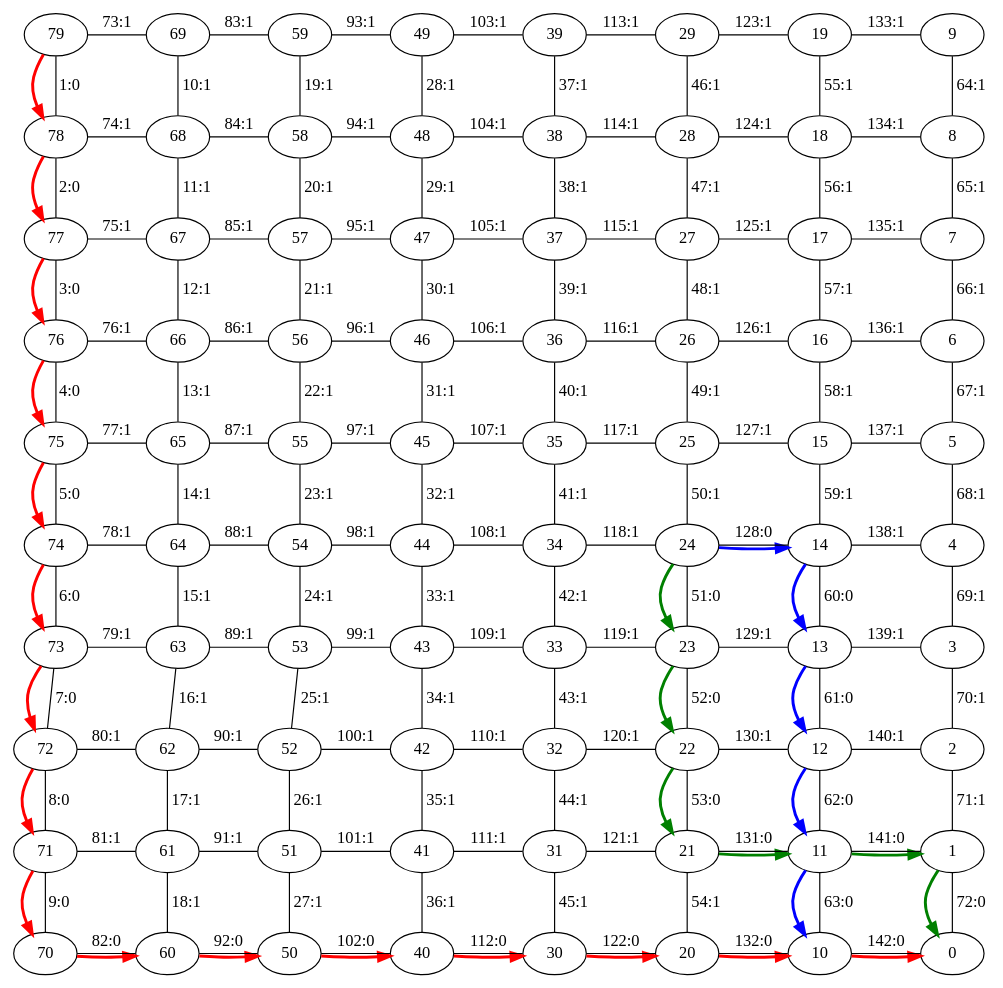
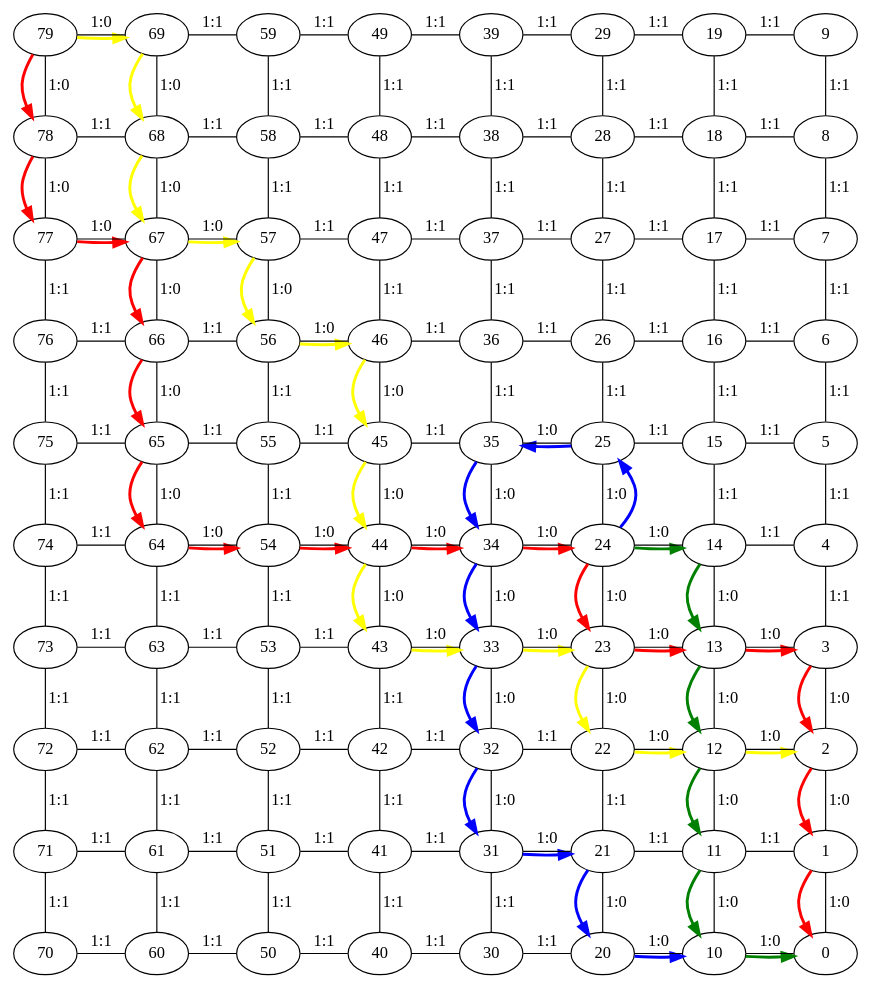
The diagram in brincando_grafo/grid_graph/graph_viz.gv (RamAddict/Graphs-and-dot), drawn with Graphviz before and after one commit. The commit also changed 2 other files, not shown here.

```diff
--- a/brincando_grafo/grid_graph/graph_viz.gv
+++ b/brincando_grafo/grid_graph/graph_viz.gv
@@ -1,161 +1,162 @@
 digraph G {
 
-79->78->77->76->75->74->73->72->71->70->60->50->40->30->20->10->0[color = "red" weight = 0 penwidth = 2.5]
-24->23->22->21->11->1->0[color = "green" weight = 0 penwidth = 2.5]
-24->14->13->12->11->10[color = "blue" weight = 0 penwidth = 2.5]
+79->78->77->67->66->65->64->54->44->34->24->23->13->3->2->1->0[color = "red" weight = 0 penwidth = 2.5]
+24->14->13->12->11->10->0[color = "green" weight = 0 penwidth = 2.5]
+24->25->35->34->33->32->31->21->20->10[color = "blue" weight = 0 penwidth = 2.5]
+79->69->68->67->57->56->46->45->44->43->33->23->22->12->2[color = "yellow" weight = 0 penwidth = 2.5]
 79->78 [arrowhead = "none" label="1:0"];
-79->69 [arrowhead = "none" label="73:1"];
-78->77 [arrowhead = "none" label="2:0"];
-78->68 [arrowhead = "none" label="74:1"];
-77->76 [arrowhead = "none" label="3:0"];
-77->67 [arrowhead = "none" label="75:1"];
-76->75 [arrowhead = "none" label="4:0"];
-76->66 [arrowhead = "none" label="76:1"];
-75->74 [arrowhead = "none" label="5:0"];
-75->65 [arrowhead = "none" label="77:1"];
-74->73 [arrowhead = "none" label="6:0"];
-74->64 [arrowhead = "none" label="78:1"];
-73->72 [arrowhead = "none" label="7:0"];
-73->63 [arrowhead = "none" label="79:1"];
-72->71 [arrowhead = "none" label="8:0"];
-72->62 [arrowhead = "none" label="80:1"];
-71->70 [arrowhead = "none" label="9:0"];
-71->61 [arrowhead = "none" label="81:1"];
-70->60 [arrowhead = "none" label="82:0"];
-69->68 [arrowhead = "none" label="10:1"];
-69->59 [arrowhead = "none" label="83:1"];
-68->67 [arrowhead = "none" label="11:1"];
-68->58 [arrowhead = "none" label="84:1"];
-67->66 [arrowhead = "none" label="12:1"];
-67->57 [arrowhead = "none" label="85:1"];
-66->65 [arrowhead = "none" label="13:1"];
-66->56 [arrowhead = "none" label="86:1"];
-65->64 [arrowhead = "none" label="14:1"];
-65->55 [arrowhead = "none" label="87:1"];
-64->63 [arrowhead = "none" label="15:1"];
-64->54 [arrowhead = "none" label="88:1"];
-63->62 [arrowhead = "none" label="16:1"];
-63->53 [arrowhead = "none" label="89:1"];
-62->61 [arrowhead = "none" label="17:1"];
-62->52 [arrowhead = "none" label="90:1"];
-61->60 [arrowhead = "none" label="18:1"];
-61->51 [arrowhead = "none" label="91:1"];
-60->50 [arrowhead = "none" label="92:0"];
-59->58 [arrowhead = "none" label="19:1"];
-59->49 [arrowhead = "none" label="93:1"];
-58->57 [arrowhead = "none" label="20:1"];
-58->48 [arrowhead = "none" label="94:1"];
-57->56 [arrowhead = "none" label="21:1"];
-57->47 [arrowhead = "none" label="95:1"];
-56->55 [arrowhead = "none" label="22:1"];
-56->46 [arrowhead = "none" label="96:1"];
-55->54 [arrowhead = "none" label="23:1"];
-55->45 [arrowhead = "none" label="97:1"];
-54->53 [arrowhead = "none" label="24:1"];
-54->44 [arrowhead = "none" label="98:1"];
-53->52 [arrowhead = "none" label="25:1"];
-53->43 [arrowhead = "none" label="99:1"];
-52->51 [arrowhead = "none" label="26:1"];
-52->42 [arrowhead = "none" label="100:1"];
-51->50 [arrowhead = "none" label="27:1"];
-51->41 [arrowhead = "none" label="101:1"];
-50->40 [arrowhead = "none" label="102:0"];
-49->48 [arrowhead = "none" label="28:1"];
-49->39 [arrowhead = "none" label="103:1"];
-48->47 [arrowhead = "none" label="29:1"];
-48->38 [arrowhead = "none" label="104:1"];
-47->46 [arrowhead = "none" label="30:1"];
-47->37 [arrowhead = "none" label="105:1"];
-46->45 [arrowhead = "none" label="31:1"];
-46->36 [arrowhead = "none" label="106:1"];
-45->44 [arrowhead = "none" label="32:1"];
-45->35 [arrowhead = "none" label="107:1"];
-44->43 [arrowhead = "none" label="33:1"];
-44->34 [arrowhead = "none" label="108:1"];
-43->42 [arrowhead = "none" label="34:1"];
-43->33 [arrowhead = "none" label="109:1"];
-42->41 [arrowhead = "none" label="35:1"];
-42->32 [arrowhead = "none" label="110:1"];
-41->40 [arrowhead = "none" label="36:1"];
-41->31 [arrowhead = "none" label="111:1"];
-40->30 [arrowhead = "none" label="112:0"];
-39->38 [arrowhead = "none" label="37:1"];
-39->29 [arrowhead = "none" label="113:1"];
-38->37 [arrowhead = "none" label="38:1"];
-38->28 [arrowhead = "none" label="114:1"];
-37->36 [arrowhead = "none" label="39:1"];
-37->27 [arrowhead = "none" label="115:1"];
-36->35 [arrowhead = "none" label="40:1"];
-36->26 [arrowhead = "none" label="116:1"];
-35->34 [arrowhead = "none" label="41:1"];
-35->25 [arrowhead = "none" label="117:1"];
-34->33 [arrowhead = "none" label="42:1"];
-34->24 [arrowhead = "none" label="118:1"];
-33->32 [arrowhead = "none" label="43:1"];
-33->23 [arrowhead = "none" label="119:1"];
-32->31 [arrowhead = "none" label="44:1"];
-32->22 [arrowhead = "none" label="120:1"];
-31->30 [arrowhead = "none" label="45:1"];
-31->21 [arrowhead = "none" label="121:1"];
-30->20 [arrowhead = "none" label="122:0"];
-29->28 [arrowhead = "none" label="46:1"];
-29->19 [arrowhead = "none" label="123:1"];
-28->27 [arrowhead = "none" label="47:1"];
-28->18 [arrowhead = "none" label="124:1"];
-27->26 [arrowhead = "none" label="48:1"];
-27->17 [arrowhead = "none" label="125:1"];
-26->25 [arrowhead = "none" label="49:1"];
-26->16 [arrowhead = "none" label="126:1"];
-25->24 [arrowhead = "none" label="50:1"];
-25->15 [arrowhead = "none" label="127:1"];
-24->23 [arrowhead = "none" label="51:0"];
-24->14 [arrowhead = "none" label="128:0"];
-23->22 [arrowhead = "none" label="52:0"];
-23->13 [arrowhead = "none" label="129:1"];
-22->21 [arrowhead = "none" label="53:0"];
-22->12 [arrowhead = "none" label="130:1"];
-21->20 [arrowhead = "none" label="54:1"];
-21->11 [arrowhead = "none" label="131:0"];
-20->10 [arrowhead = "none" label="132:0"];
-19->18 [arrowhead = "none" label="55:1"];
-19->9 [arrowhead = "none" label="133:1"];
-18->17 [arrowhead = "none" label="56:1"];
-18->8 [arrowhead = "none" label="134:1"];
-17->16 [arrowhead = "none" label="57:1"];
-17->7 [arrowhead = "none" label="135:1"];
-16->15 [arrowhead = "none" label="58:1"];
-16->6 [arrowhead = "none" label="136:1"];
-15->14 [arrowhead = "none" label="59:1"];
-15->5 [arrowhead = "none" label="137:1"];
-14->13 [arrowhead = "none" label="60:0"];
-14->4 [arrowhead = "none" label="138:1"];
-13->12 [arrowhead = "none" label="61:0"];
-13->3 [arrowhead = "none" label="139:1"];
-12->11 [arrowhead = "none" label="62:0"];
-12->2 [arrowhead = "none" label="140:1"];
-11->10 [arrowhead = "none" label="63:0"];
-11->1 [arrowhead = "none" label="141:0"];
-10->0 [arrowhead = "none" label="142:0"];
-9->8 [arrowhead = "none" label="64:1"];
-8->7 [arrowhead = "none" label="65:1"];
-7->6 [arrowhead = "none" label="66:1"];
-6->5 [arrowhead = "none" label="67:1"];
-5->4 [arrowhead = "none" label="68:1"];
-4->3 [arrowhead = "none" label="69:1"];
-3->2 [arrowhead = "none" label="70:1"];
-2->1 [arrowhead = "none" label="71:1"];
-1->0 [arrowhead = "none" label="72:0"];
+79->69 [arrowhead = "none" label="1:0"];
+78->77 [arrowhead = "none" label="1:0"];
+78->68 [arrowhead = "none" label="1:1"];
+77->76 [arrowhead = "none" label="1:1"];
+77->67 [arrowhead = "none" label="1:0"];
+76->75 [arrowhead = "none" label="1:1"];
+76->66 [arrowhead = "none" label="1:1"];
+75->74 [arrowhead = "none" label="1:1"];
+75->65 [arrowhead = "none" label="1:1"];
+74->73 [arrowhead = "none" label="1:1"];
+74->64 [arrowhead = "none" label="1:1"];
+73->72 [arrowhead = "none" label="1:1"];
+73->63 [arrowhead = "none" label="1:1"];
+72->71 [arrowhead = "none" label="1:1"];
+72->62 [arrowhead = "none" label="1:1"];
+71->70 [arrowhead = "none" label="1:1"];
+71->61 [arrowhead = "none" label="1:1"];
+70->60 [arrowhead = "none" label="1:1"];
+69->68 [arrowhead = "none" label="1:0"];
+69->59 [arrowhead = "none" label="1:1"];
+68->67 [arrowhead = "none" label="1:0"];
+68->58 [arrowhead = "none" label="1:1"];
+67->66 [arrowhead = "none" label="1:0"];
+67->57 [arrowhead = "none" label="1:0"];
+66->65 [arrowhead = "none" label="1:0"];
+66->56 [arrowhead = "none" label="1:1"];
+65->64 [arrowhead = "none" label="1:0"];
+65->55 [arrowhead = "none" label="1:1"];
+64->63 [arrowhead = "none" label="1:1"];
+64->54 [arrowhead = "none" label="1:0"];
+63->62 [arrowhead = "none" label="1:1"];
+63->53 [arrowhead = "none" label="1:1"];
+62->61 [arrowhead = "none" label="1:1"];
+62->52 [arrowhead = "none" label="1:1"];
+61->60 [arrowhead = "none" label="1:1"];
+61->51 [arrowhead = "none" label="1:1"];
+60->50 [arrowhead = "none" label="1:1"];
+59->58 [arrowhead = "none" label="1:1"];
+59->49 [arrowhead = "none" label="1:1"];
+58->57 [arrowhead = "none" label="1:1"];
+58->48 [arrowhead = "none" label="1:1"];
+57->56 [arrowhead = "none" label="1:0"];
+57->47 [arrowhead = "none" label="1:1"];
+56->55 [arrowhead = "none" label="1:1"];
+56->46 [arrowhead = "none" label="1:0"];
+55->54 [arrowhead = "none" label="1:1"];
+55->45 [arrowhead = "none" label="1:1"];
+54->53 [arrowhead = "none" label="1:1"];
+54->44 [arrowhead = "none" label="1:0"];
+53->52 [arrowhead = "none" label="1:1"];
+53->43 [arrowhead = "none" label="1:1"];
+52->51 [arrowhead = "none" label="1:1"];
+52->42 [arrowhead = "none" label="1:1"];
+51->50 [arrowhead = "none" label="1:1"];
+51->41 [arrowhead = "none" label="1:1"];
+50->40 [arrowhead = "none" label="1:1"];
+49->48 [arrowhead = "none" label="1:1"];
+49->39 [arrowhead = "none" label="1:1"];
+48->47 [arrowhead = "none" label="1:1"];
+48->38 [arrowhead = "none" label="1:1"];
+47->46 [arrowhead = "none" label="1:1"];
+47->37 [arrowhead = "none" label="1:1"];
+46->45 [arrowhead = "none" label="1:0"];
+46->36 [arrowhead = "none" label="1:1"];
+45->44 [arrowhead = "none" label="1:0"];
+45->35 [arrowhead = "none" label="1:1"];
+44->43 [arrowhead = "none" label="1:0"];
+44->34 [arrowhead = "none" label="1:0"];
+43->42 [arrowhead = "none" label="1:1"];
+43->33 [arrowhead = "none" label="1:0"];
+42->41 [arrowhead = "none" label="1:1"];
+42->32 [arrowhead = "none" label="1:1"];
+41->40 [arrowhead = "none" label="1:1"];
+41->31 [arrowhead = "none" label="1:1"];
+40->30 [arrowhead = "none" label="1:1"];
+39->38 [arrowhead = "none" label="1:1"];
+39->29 [arrowhead = "none" label="1:1"];
+38->37 [arrowhead = "none" label="1:1"];
+38->28 [arrowhead = "none" label="1:1"];
+37->36 [arrowhead = "none" label="1:1"];
+37->27 [arrowhead = "none" label="1:1"];
+36->35 [arrowhead = "none" label="1:1"];
+36->26 [arrowhead = "none" label="1:1"];
+35->34 [arrowhead = "none" label="1:0"];
+35->25 [arrowhead = "none" label="1:0"];
+34->33 [arrowhead = "none" label="1:0"];
+34->24 [arrowhead = "none" label="1:0"];
+33->32 [arrowhead = "none" label="1:0"];
+33->23 [arrowhead = "none" label="1:0"];
+32->31 [arrowhead = "none" label="1:0"];
+32->22 [arrowhead = "none" label="1:1"];
+31->30 [arrowhead = "none" label="1:1"];
+31->21 [arrowhead = "none" label="1:0"];
+30->20 [arrowhead = "none" label="1:1"];
+29->28 [arrowhead = "none" label="1:1"];
+29->19 [arrowhead = "none" label="1:1"];
+28->27 [arrowhead = "none" label="1:1"];
+28->18 [arrowhead = "none" label="1:1"];
+27->26 [arrowhead = "none" label="1:1"];
+27->17 [arrowhead = "none" label="1:1"];
+26->25 [arrowhead = "none" label="1:1"];
+26->16 [arrowhead = "none" label="1:1"];
+25->24 [arrowhead = "none" label="1:0"];
+25->15 [arrowhead = "none" label="1:1"];
+24->23 [arrowhead = "none" label="1:0"];
+24->14 [arrowhead = "none" label="1:0"];
+23->22 [arrowhead = "none" label="1:0"];
+23->13 [arrowhead = "none" label="1:0"];
+22->21 [arrowhead = "none" label="1:1"];
+22->12 [arrowhead = "none" label="1:0"];
+21->20 [arrowhead = "none" label="1:0"];
+21->11 [arrowhead = "none" label="1:1"];
+20->10 [arrowhead = "none" label="1:0"];
+19->18 [arrowhead = "none" label="1:1"];
+19->9 [arrowhead = "none" label="1:1"];
+18->17 [arrowhead = "none" label="1:1"];
+18->8 [arrowhead = "none" label="1:1"];
+17->16 [arrowhead = "none" label="1:1"];
+17->7 [arrowhead = "none" label="1:1"];
+16->15 [arrowhead = "none" label="1:1"];
+16->6 [arrowhead = "none" label="1:1"];
+15->14 [arrowhead = "none" label="1:1"];
+15->5 [arrowhead = "none" label="1:1"];
+14->13 [arrowhead = "none" label="1:0"];
+14->4 [arrowhead = "none" label="1:1"];
+13->12 [arrowhead = "none" label="1:0"];
+13->3 [arrowhead = "none" label="1:0"];
+12->11 [arrowhead = "none" label="1:0"];
+12->2 [arrowhead = "none" label="1:0"];
+11->10 [arrowhead = "none" label="1:0"];
+11->1 [arrowhead = "none" label="1:1"];
+10->0 [arrowhead = "none" label="1:0"];
+9->8 [arrowhead = "none" label="1:1"];
+8->7 [arrowhead = "none" label="1:1"];
+7->6 [arrowhead = "none" label="1:1"];
+6->5 [arrowhead = "none" label="1:1"];
+5->4 [arrowhead = "none" label="1:1"];
+4->3 [arrowhead = "none" label="1:1"];
+3->2 [arrowhead = "none" label="1:0"];
+2->1 [arrowhead = "none" label="1:0"];
+1->0 [arrowhead = "none" label="1:0"];
 {rank = same; 70 60 50 40 30 20 10 0 }
 {rank = same; 71 61 51 41 31 21 11 1 }
 {rank = same; 72 62 52 42 32 22 12 2 }
 {rank = same; 73 63 53 43 33 23 13 3 }
 {rank = same; 74 64 54 44 34 24 14 4 }
 {rank = same; 75 65 55 45 35 25 15 5 }
 {rank = same; 76 66 56 46 36 26 16 6 }
 {rank = same; 77 67 57 47 37 27 17 7 }
 {rank = same; 78 68 58 48 38 28 18 8 }
 {rank = same; 79 69 59 49 39 29 19 9 }
 
 size = "35,35"
 
 }
```
